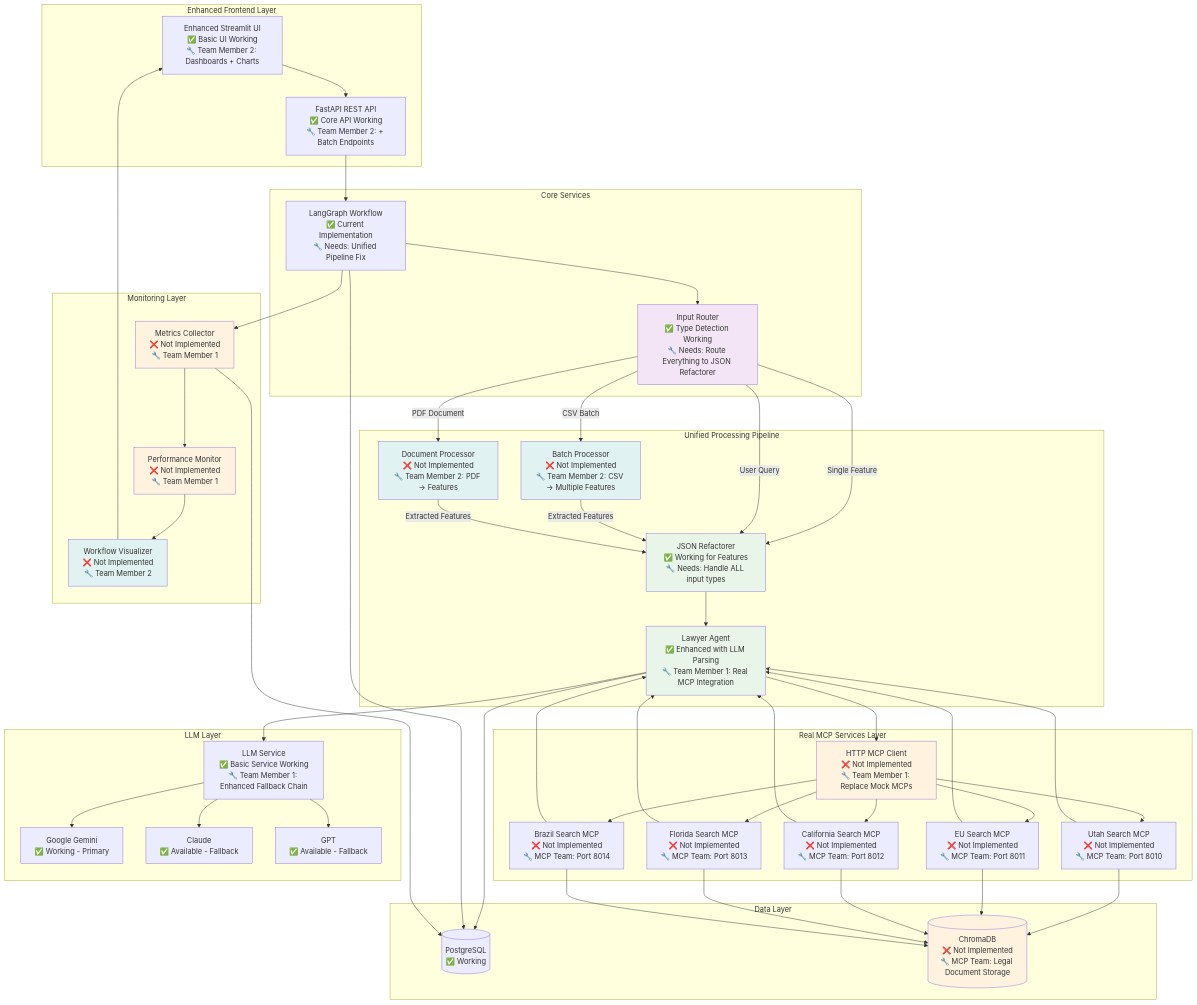
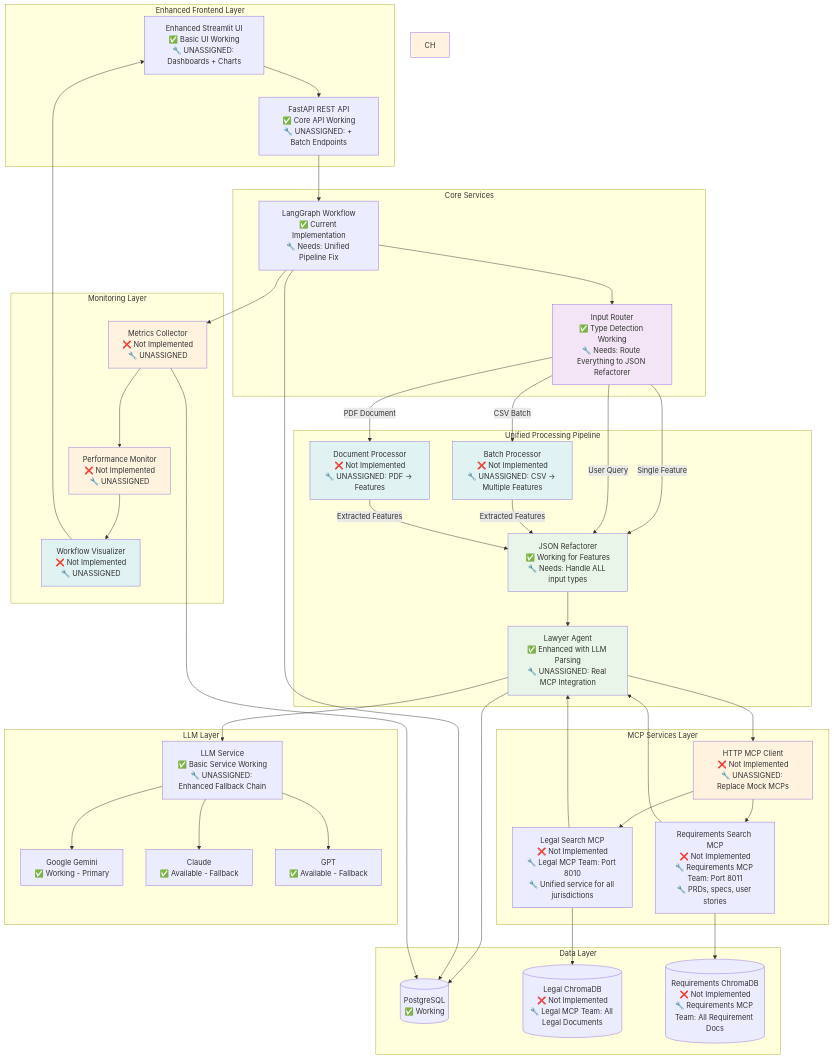
One commit to agentcluck77/techjam-jamming changed the diagram in README.md. Above: the diagram before and after it, drawn with Mermaid. The commit also changed other lines of this file and 24 other files, not shown here.

````diff
--- a/README.md
+++ b/README.md
@@ -162,8 +202,8 @@
 ```mermaid
 graph TB
     subgraph "Enhanced Frontend Layer"
-        UI[Enhanced Streamlit UI<br/>✅ Basic UI Working<br/>🔧 Team Member 2: Dashboards + Charts]
-        API[FastAPI REST API<br/>✅ Core API Working<br/>🔧 Team Member 2: + Batch Endpoints]
+        UI[Enhanced Streamlit UI<br/>✅ Basic UI Working<br/>🔧 UNASSIGNED: Dashboards + Charts]
+        API[FastAPI REST API<br/>✅ Core API Working<br/>🔧 UNASSIGNED: + Batch Endpoints]
     end
     
     subgraph "Core Services"
@@ -173,36 +213,34 @@
     
     subgraph "Unified Processing Pipeline"
         JR[JSON Refactorer<br/>✅ Working for Features<br/>🔧 Needs: Handle ALL input types]
-        BP[Batch Processor<br/>❌ Not Implemented<br/>🔧 Team Member 2: CSV → Multiple Features]
-        DP[Document Processor<br/>❌ Not Implemented<br/>🔧 Team Member 2: PDF → Features]
-        LA[Lawyer Agent<br/>✅ Enhanced with LLM Parsing<br/>🔧 Team Member 1: Real MCP Integration]
+        BP[Batch Processor<br/>❌ Not Implemented<br/>🔧 UNASSIGNED: CSV → Multiple Features]
+        DP[Document Processor<br/>❌ Not Implemented<br/>🔧 UNASSIGNED: PDF → Features]
+        LA[Lawyer Agent<br/>✅ Enhanced with LLM Parsing<br/>🔧 UNASSIGNED: Real MCP Integration]
     end
     
-    subgraph "Real MCP Services Layer"
-        MC[HTTP MCP Client<br/>❌ Not Implemented<br/>🔧 Team Member 1: Replace Mock MCPs]
-        UT[Utah Search MCP<br/>❌ Not Implemented<br/>🔧 MCP Team: Port 8010]
-        EU[EU Search MCP<br/>❌ Not Implemented<br/>🔧 MCP Team: Port 8011] 
-        CA[California Search MCP<br/>❌ Not Implemented<br/>🔧 MCP Team: Port 8012]
-        FL[Florida Search MCP<br/>❌ Not Implemented<br/>🔧 MCP Team: Port 8013]
-        BR[Brazil Search MCP<br/>❌ Not Implemented<br/>🔧 MCP Team: Port 8014]
+    subgraph "MCP Services Layer"
+        MC[HTTP MCP Client<br/>❌ Not Implemented<br/>🔧 UNASSIGNED: Replace Mock MCPs]
+        LM[Legal Search MCP<br/>❌ Not Implemented<br/>🔧 Legal MCP Team: Port 8010<br/>🔧 Unified service for all jurisdictions]
+        RM[Requirements Search MCP<br/>❌ Not Implemented<br/>🔧 Requirements MCP Team: Port 8011<br/>🔧 PRDs, specs, user stories]
     end
     
     subgraph "Data Layer"
         PG[(PostgreSQL<br/>✅ Working)]
-        CH[(ChromaDB<br/>❌ Not Implemented<br/>🔧 MCP Team: Legal Document Storage)]
+        CH1[(Legal ChromaDB<br/>❌ Not Implemented<br/>🔧 Legal MCP Team: All Legal Documents)]
+        CH2[(Requirements ChromaDB<br/>❌ Not Implemented<br/>🔧 Requirements MCP Team: All Requirement Docs)]
     end
     
     subgraph "LLM Layer"
-        LLM[LLM Service<br/>✅ Basic Service Working<br/>🔧 Team Member 1: Enhanced Fallback Chain]
+        LLM[LLM Service<br/>✅ Basic Service Working<br/>🔧 UNASSIGNED: Enhanced Fallback Chain]
         GM[Google Gemini<br/>✅ Working - Primary]
         CL[Claude<br/>✅ Available - Fallback]
         GP[GPT<br/>✅ Available - Fallback]
     end
     
     subgraph "Monitoring Layer"
-        MT[Metrics Collector<br/>❌ Not Implemented<br/>🔧 Team Member 1]
-        PM[Performance Monitor<br/>❌ Not Implemented<br/>🔧 Team Member 1]
-        WV[Workflow Visualizer<br/>❌ Not Implemented<br/>🔧 Team Member 2]
+        MT[Metrics Collector<br/>❌ Not Implemented<br/>🔧 UNASSIGNED]
+        PM[Performance Monitor<br/>❌ Not Implemented<br/>🔧 UNASSIGNED]
+        WV[Workflow Visualizer<br/>❌ Not Implemented<br/>🔧 UNASSIGNED]
     end
     
     %% Main Flow: ALL inputs go through unified pipeline
@@ -223,27 +261,18 @@
     %% Unified pipeline: JSON Refactorer → Lawyer Agent
     JR --> LA
     
-    %% Lawyer Agent calls MCPs as needed
+    %% Lawyer Agent calls both MCPs via client
     LA --> MC
-    MC --> UT
-    MC --> EU
-    MC --> CA
-    MC --> FL
-    MC --> BR
+    MC --> LM
+    MC --> RM
     
-    %% MCPs search ChromaDB
-    UT --> CH
-    EU --> CH
-    CA --> CH
-    FL --> CH
-    BR --> CH
+    %% MCPs search their respective ChromaDBs
+    LM --> CH1
+    RM --> CH2
     
     %% MCPs return search results to Lawyer Agent
-    UT --> LA
-    EU --> LA
-    CA --> LA
-    FL --> LA
-    BR --> LA
+    LM --> LA
+    RM --> LA
     
     %% Lawyer Agent uses LLM for synthesis
     LA --> LLM
````
